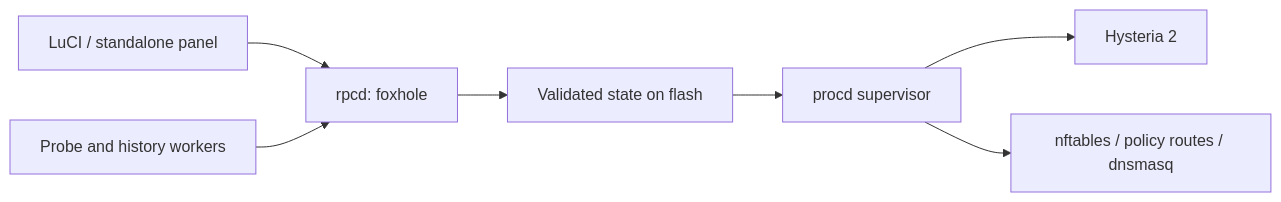
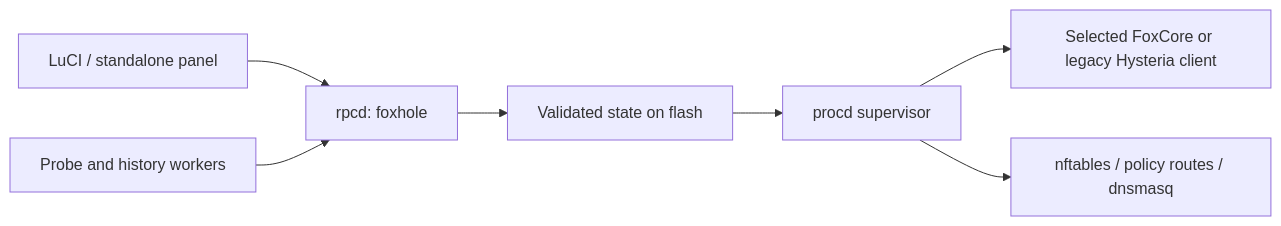
One commit to foxhole-team/foxhole-openwrt-client changed the first of 2 diagrams in docs/ARCHITECTURE.md. Above: the diagram before and after it, drawn with Mermaid. The commit also changed other lines of this file and 222 other files, not shown here.

First line of the commit message:
Release FoxHole OpenWrt Client 1.0.1 Public Beta

````diff
--- a/docs/ARCHITECTURE.md
+++ b/docs/ARCHITECTURE.md
@@ -8,9 +11,9 @@
 ```mermaid
 flowchart LR
     UI["LuCI / standalone panel"] --> RPC["rpcd: foxhole"]
     RPC --> State["Validated state on flash"]
     State --> Supervisor["procd supervisor"]
-    Supervisor --> Engine["Hysteria 2"]
+    Supervisor --> Engine["Selected FoxCore or legacy Hysteria client"]
     Supervisor --> Policy["nftables / policy routes / dnsmasq"]
     Probe["Probe and history workers"] --> RPC
 ```
````
